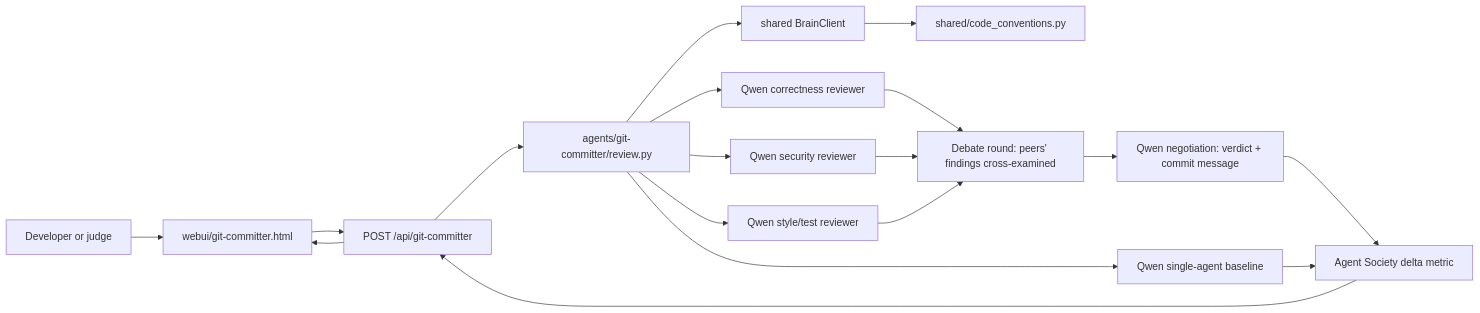
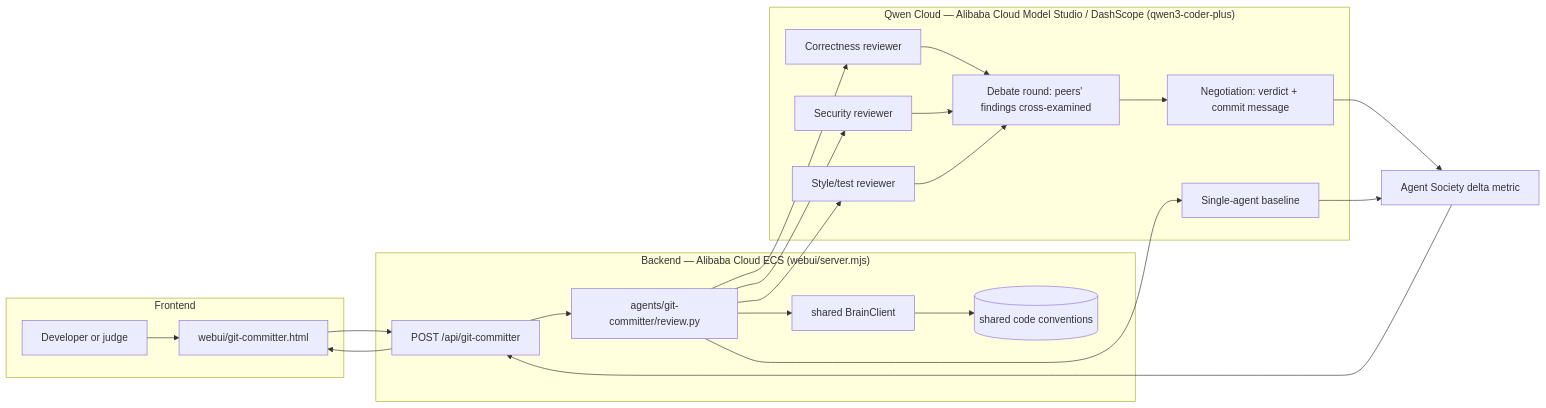
The diagram in docs/architecture/git-committer-track3.md (CBK47/qwen-agent-collective), drawn with Mermaid before and after one commit. The commit also changed other lines of this file and 1 other file, not shown here.

Commit message:
docs(architecture): rendered PNG diagram with explicit Qwen Cloud/backend/frontend boundaries

````diff
--- a/docs/architecture/git-committer-track3.md
+++ b/docs/architecture/git-committer-track3.md
@@ -22,20 +22,32 @@
 ```mermaid
 flowchart LR
-    User[Developer or judge] --> WebUI[webui/git-committer.html]
-    WebUI --> API[POST /api/git-committer]
-    API --> CLI[agents/git-committer/review.py]
-    CLI --> Brain[shared BrainClient]
-    Brain --> Conventions[shared/code_conventions.py]
-    CLI --> C[Qwen correctness reviewer]
-    CLI --> S[Qwen security reviewer]
-    CLI --> T[Qwen style/test reviewer]
-    C --> D[Debate round: peers' findings cross-examined]
+    subgraph Frontend
+        User[Developer or judge] --> WebUI[webui/git-committer.html]
+    end
+    subgraph Backend["Backend — Alibaba Cloud ECS (webui/server.mjs)"]
+        API[POST /api/git-committer] --> CLI[agents/git-committer/review.py]
+        CLI --> Brain[shared BrainClient]
+        Brain --> Conventions[(shared code conventions)]
+    end
+    subgraph QwenCloud["Qwen Cloud — Alibaba Cloud Model Studio / DashScope (qwen3-coder-plus)"]
+        C[Correctness reviewer]
+        S[Security reviewer]
+        T[Style/test reviewer]
+        D[Debate round: peers' findings cross-examined]
+        N[Negotiation: verdict + commit message]
+        B[Single-agent baseline]
+    end
+    WebUI --> API
+    CLI --> C
+    CLI --> S
+    CLI --> T
+    C --> D
     S --> D
     T --> D
-    D --> N[Qwen negotiation: verdict + commit message]
-    CLI --> B[Qwen single-agent baseline]
+    D --> N
+    CLI --> B
     N --> Metric[Agent Society delta metric]
     B --> Metric
     Metric --> API
     API --> WebUI
 ```
````
